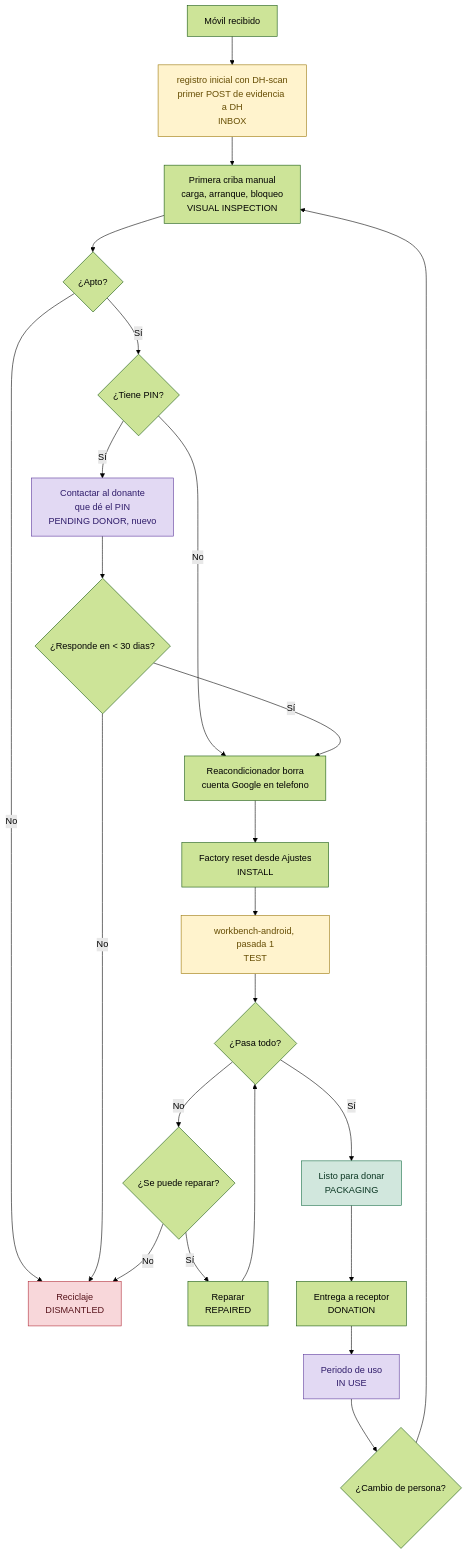
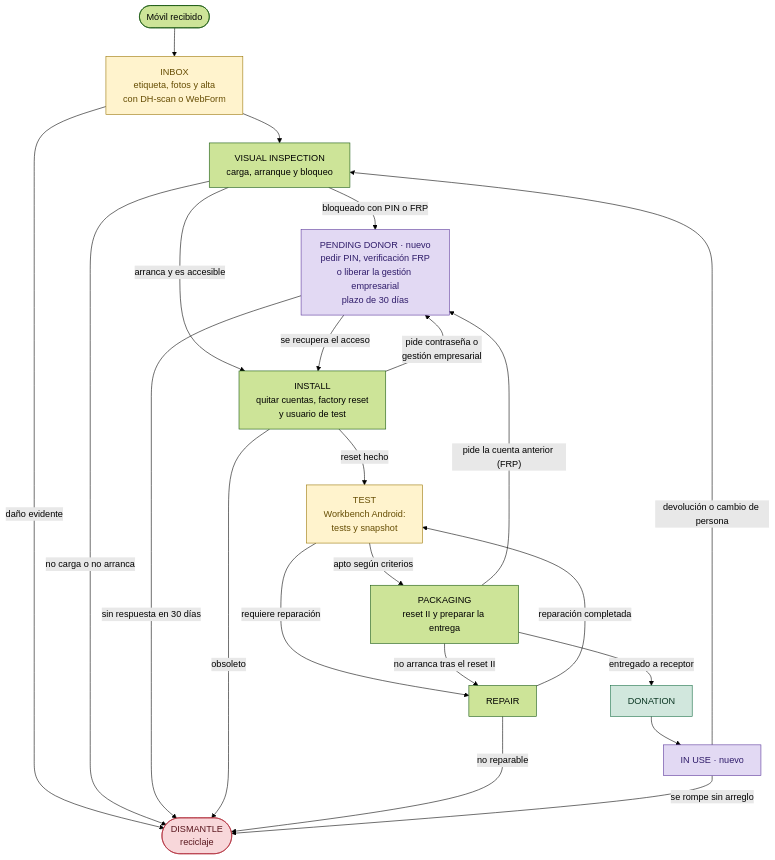
The diagram in docs/diagrama-alto-nivel.md (aucoop/vincle-digital-docs), drawn with Mermaid (forest theme) before and after one commit. The commit also changed 1 other file, not shown here.

Commit message:
docs: align overview diagrams with current transitions

````diff
--- a/docs/diagrama-alto-nivel.md
+++ b/docs/diagrama-alto-nivel.md
@@ -6,39 +6,47 @@
 ```mermaid
 flowchart TD
-    START[Móvil recibido] --> SCAN1[registro inicial con DH-scan<br/>primer POST de evidencia a DH<br/>INBOX]
-    SCAN1 --> CRIBA[Primera criba manual<br/>carga, arranque, bloqueo<br/>VISUAL INSPECTION]
-    CRIBA --> D1{¿Apto?}
-    D1 -->|No| DESC[Reciclaje<br/>DISMANTLED]
-    D1 -->|Sí| PIN{¿Tiene PIN?}
+    START(["Móvil recibido"]) --> INBOX["INBOX<br/>etiqueta, fotos y alta<br/>con DH-scan o WebForm"]
+    INBOX -->|"daño evidente"| DIS
+    INBOX --> VI["VISUAL INSPECTION<br/>carga, arranque y bloqueo"]
 
-    PIN -->|No| ACC[Reacondicionador borra<br/>cuenta Google en telefono]
-    PIN -->|Sí| CONT[Contactar al donante<br/>que dé el PIN<br/>PENDING DONOR, nuevo]
-    CONT --> D2{¿Responde en < 30 dias?}
-    D2 -->|Sí| ACC
-    D2 -->|No| DESC
+    VI -->|"no carga o no arranca"| DIS
+    VI -->|"bloqueado con PIN o FRP"| PD
+    VI -->|"arranca y es accesible"| INSTALL
 
-    ACC --> RESET[Factory reset desde Ajustes<br/>INSTALL]
-    RESET --> WB1[workbench-android, pasada 1<br/>TEST]
-    WB1 --> D3{¿Pasa todo?}
-    D3 -->|No| REPP{¿Se puede reparar?}
-    REPP -->|Sí| REP[Reparar<br/>REPAIRED]
-    REPP -->|No| DESC
-    REP --> D3
-    D3 -->|Sí| READY[Listo para donar<br/>PACKAGING]
+    PD["PENDING DONOR · nuevo<br/>pedir PIN, verificación FRP<br/>o liberar la gestión empresarial<br/>plazo de 30 días"]
+    PD -->|"se recupera el acceso"| INSTALL
+    PD -->|"sin respuesta en 30 días"| DIS
 
-    READY --> DON[Entrega a receptor<br/>DONATION]
-    DON --> USE[Periodo de uso<br/>IN USE]
-    USE --> CHANGE{¿Cambio de persona?}
-    CHANGE -->CRIBA
-    
+    INSTALL["INSTALL<br/>quitar cuentas, factory reset<br/>y usuario de test"]
+    INSTALL -->|"pide contraseña o<br/>gestión empresarial"| PD
+    INSTALL -->|"obsoleto"| DIS
+    INSTALL -->|"reset hecho"| TEST
+
+    TEST["TEST<br/>Workbench Android:<br/>tests y snapshot"]
+    TEST -->|"apto según criterios"| PACK
+    TEST -->|"requiere reparación"| REPAIR
+
+    REPAIR["REPAIR"]
+    REPAIR -->|"reparación completada"| TEST
+    REPAIR -->|"no reparable"| DIS
+
+    PACK["PACKAGING<br/>reset II y preparar la entrega"]
+    PACK -->|"no arranca tras el reset II"| REPAIR
+    PACK -->|"pide la cuenta anterior (FRP)"| PD
+    PACK -->|"entregado a receptor"| DON["DONATION"]
+
+    DON --> USE["IN USE · nuevo"]
+    USE -->|"devolución o cambio de persona"| VI
+    USE -->|"se rompe sin arreglo"| DIS
+
+    DIS(["DISMANTLE<br/>reciclaje"])
 
     classDef reject fill:#f8d7da,stroke:#b02a37,color:#58151c
     classDef ok fill:#d1e7dd,stroke:#146c43,color:#0a3622
     classDef checkpoint fill:#fff3cd,stroke:#997404,color:#664d03
     classDef newstate fill:#e2d9f3,stroke:#59359a,color:#2f1c6a
-    class DESC reject
-    class READY ok
-    class SCAN1,WB1, checkpoint
-    class CONT,USE newstate
-
+    class DIS reject
+    class DON ok
+    class INBOX,TEST checkpoint
+    class PD,USE newstate
 ```
````
